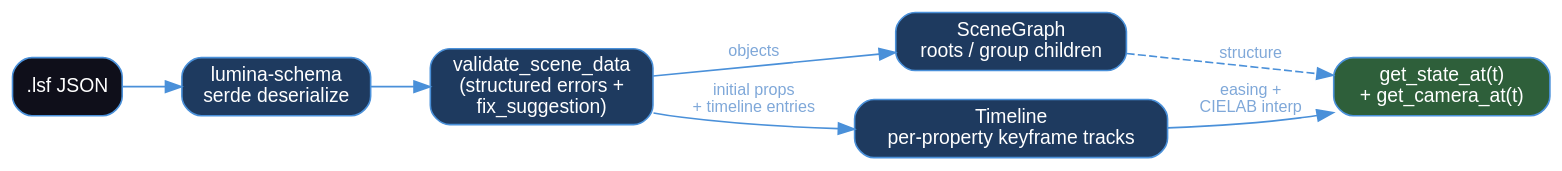
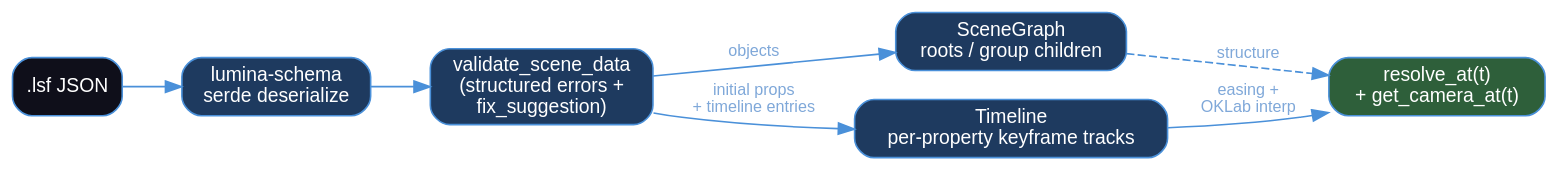
One commit to SakarZaidan/lumina changed the diagram in docs/architecture/scene-pipeline.dot. Above: the diagram before and after it, drawn with Graphviz. The commit also changed 6 other files, not shown here.

First line of the commit message:
docs: show typed resolution in the architecture chapter and diagrams

```diff
--- a/docs/architecture/scene-pipeline.dot
+++ b/docs/architecture/scene-pipeline.dot
@@ -1,20 +1,20 @@
 // Scene pipeline: LSF JSON → per-frame state. Rendered by gen-diagrams.sh.
 digraph scene_pipeline {
   rankdir=LR; bgcolor="transparent";
   node [shape=box, style="rounded,filled", fillcolor="#1E3A5F", fontcolor=white,
         color="#4A90D9", fontname="Helvetica", fontsize=12];
   edge [color="#4A90D9", fontname="Helvetica", fontsize=10, fontcolor="#7FA8D9"];
 
   lsf      [label=".lsf JSON", fillcolor="#0F0F1A"];
   schema   [label="lumina-schema\nserde deserialize"];
   validate [label="validate_scene_data\n(structured errors +\nfix_suggestion)"];
   graph_   [label="SceneGraph\nroots / group children"];
   timeline [label="Timeline\nper-property keyframe tracks"];
-  state    [label="get_state_at(t)\n+ get_camera_at(t)", fillcolor="#2E5F3A"];
+  state    [label="resolve_at(t)\n+ get_camera_at(t)", fillcolor="#2E5F3A"];
 
   lsf -> schema -> validate;
   validate -> graph_ [label="objects"];
   validate -> timeline [label="initial props\n+ timeline entries"];
-  timeline -> state [label="easing +\nCIELAB interp"];
+  timeline -> state [label="easing +\nOKLab interp"];
   graph_ -> state [style=dashed, label="structure"];
 }
```
